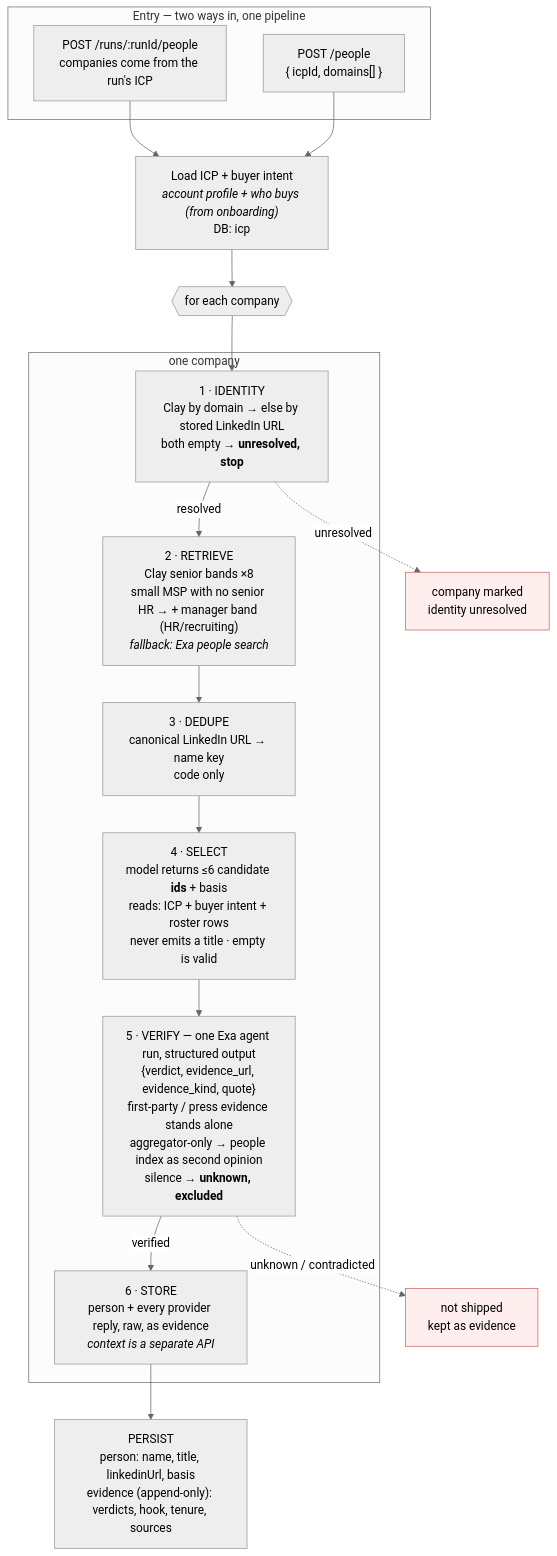
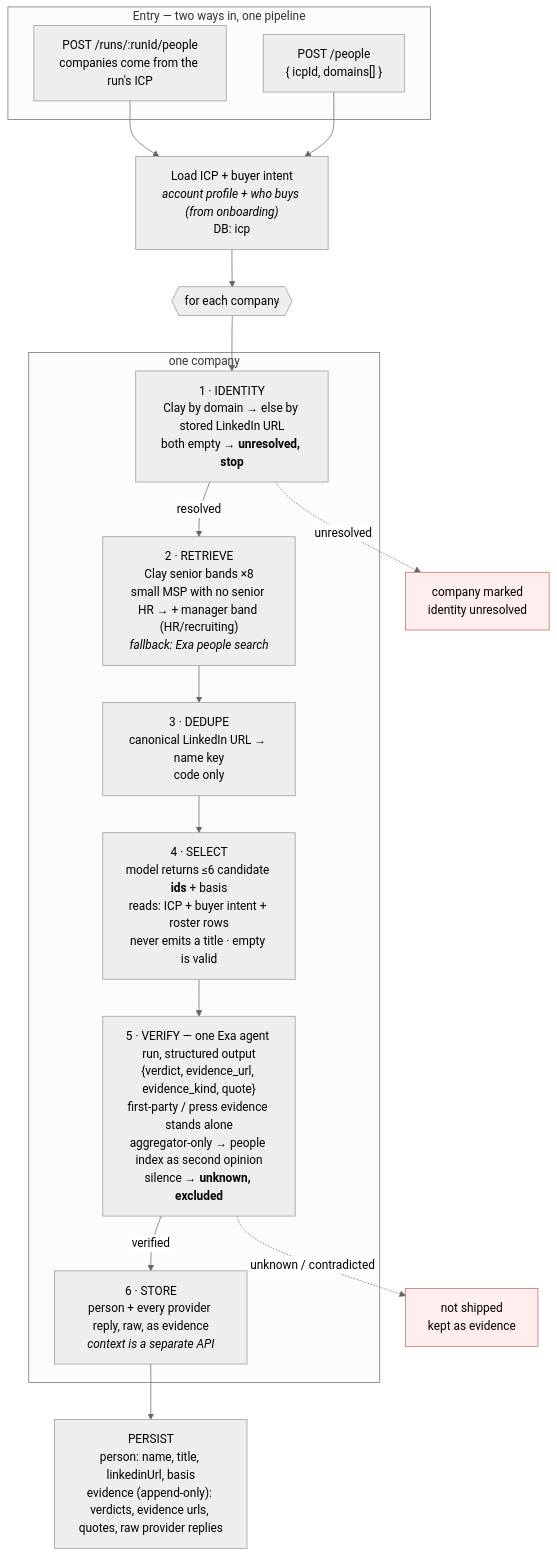
The diagram in docs/solutions/people-probe/x/people-pipeline.md (algominds-ai/algominds-backend), drawn with Mermaid (neutral theme) before and after one commit. The commit also changed 1 other file, not shown here.

Commit message:
docs: the sequence diagram draws the agent verifier, and the contracts match it

````diff
--- a/docs/solutions/people-probe/x/people-pipeline.md
+++ b/docs/solutions/people-probe/x/people-pipeline.md
@@ -3,30 +3,30 @@
 ```mermaid
 flowchart TD
     subgraph entry["Entry — two ways in, one pipeline"]
         A1["POST /runs/:runId/people<br/>companies come from the run's ICP"]
         A2["POST /people<br/>{ icpId, domains[] }"]
     end
     A1 --> B
     A2 --> B
     B["Load ICP + buyer intent<br/><i>account profile + who buys (from onboarding)</i><br/>DB: icp"]
     B --> C{{"for each company"}}
 
     C --> S1
     subgraph company["one company"]
         S1["1 · IDENTITY<br/>Clay by domain → else by stored LinkedIn URL<br/>both empty → <b>unresolved, stop</b>"]
         S2["2 · RETRIEVE<br/>Clay senior bands ×8<br/>small MSP with no senior HR → + manager band (HR/recruiting)<br/><i>fallback: Exa people search</i>"]
         S3["3 · DEDUPE<br/>canonical LinkedIn URL → name key<br/>code only"]
         S4["4 · SELECT<br/>model returns ≤6 candidate <b>ids</b> + basis<br/>reads: ICP + buyer intent + roster rows<br/>never emits a title · empty is valid"]
         S5["5 · VERIFY — one Exa agent run, structured output<br/>{verdict, evidence_url, evidence_kind, quote}<br/>first-party / press evidence stands alone<br/>aggregator-only → people index as second opinion<br/>silence → <b>unknown, excluded</b>"]
         S6["6 · STORE<br/>person + every provider reply, raw, as evidence<br/><i>context is a separate API</i>"]
         S1 -->|resolved| S2 --> S3 --> S4 --> S5 -->|verified| S6
     end
 
-    S6 --> P["PERSIST<br/>person: name, title, linkedinUrl, basis<br/>evidence (append-only): verdicts, hook, tenure, sources"]
+    S6 --> P["PERSIST<br/>person: name, title, linkedinUrl, basis<br/>evidence (append-only): verdicts, evidence urls, quotes, raw provider replies"]
     S1 -.->|unresolved| E["company marked<br/>identity unresolved"]
     S5 -.->|unknown / contradicted| X["not shipped<br/>kept as evidence"]
 
     classDef prov fill:#eef,stroke:#88a
     classDef stop fill:#fee,stroke:#c66
     class E,X stop
 ```
````
